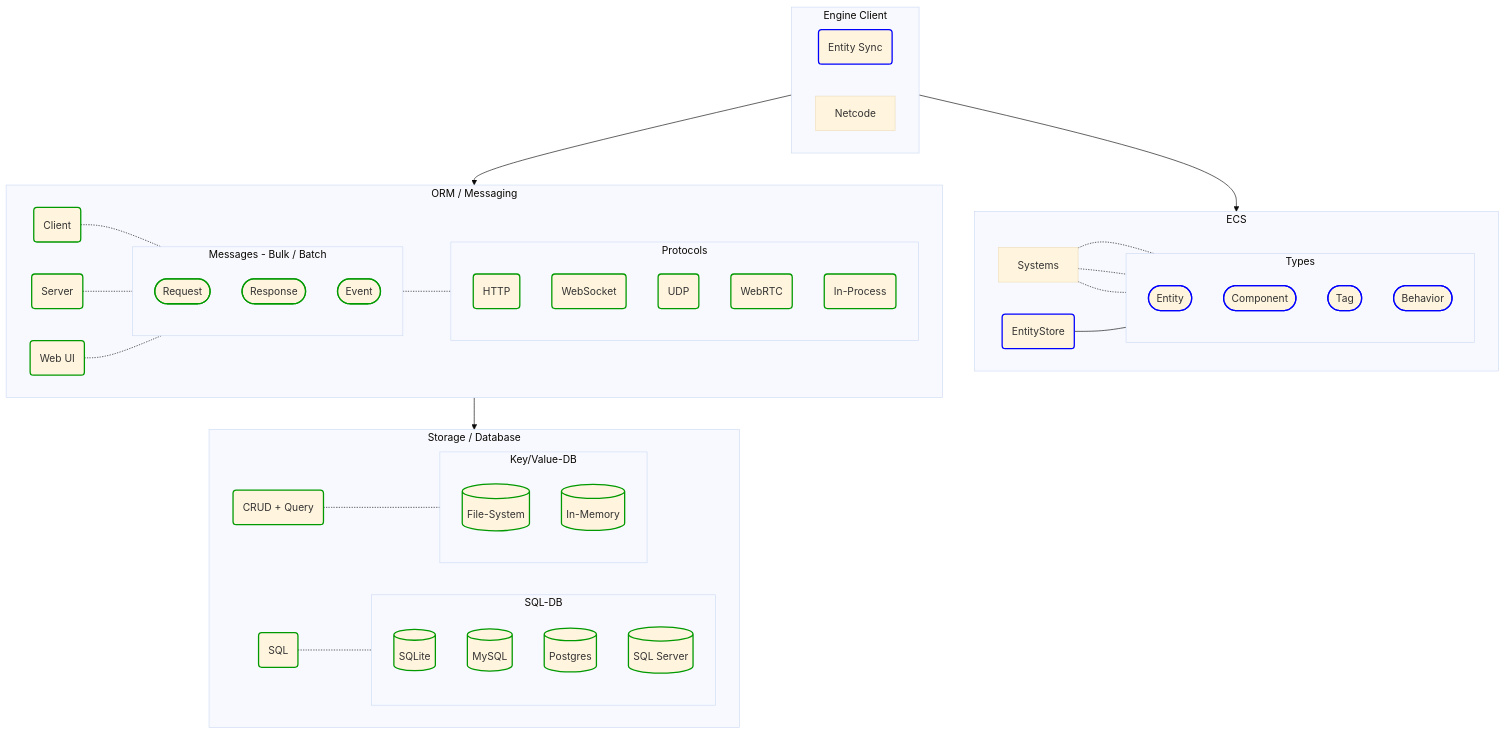
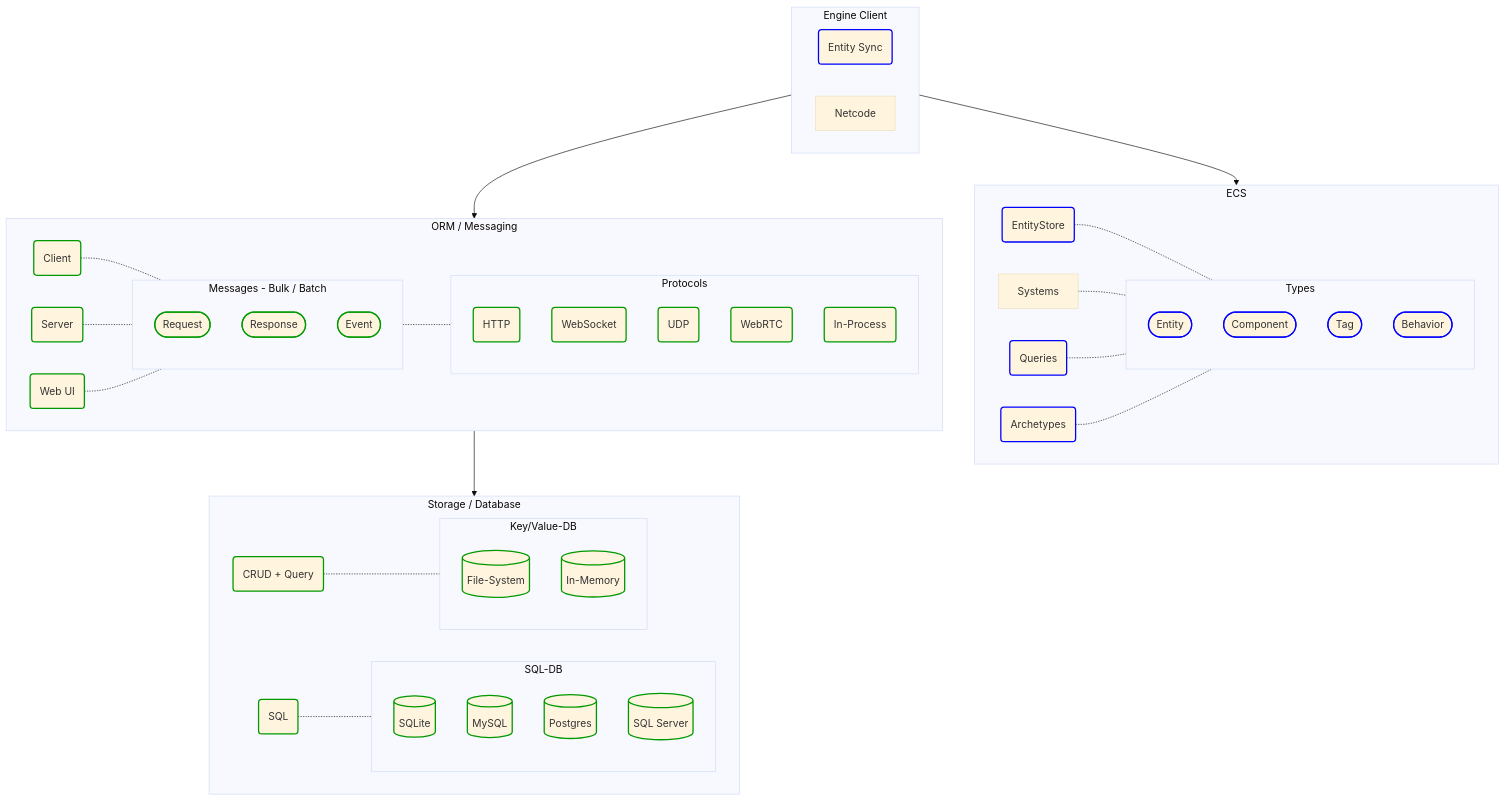
One commit to friflo/Friflo.Json.Fliox changed the second of 3 diagrams in Engine/README.md. Above: the diagram before and after it, drawn with Mermaid (base theme).

Commit message:
Engine - update architecture diagram

```diff
--- a/Engine/README.md
+++ b/Engine/README.md
@@ -117,6 +117,8 @@
     subgraph ECS;
         EntityStore(EntityStore):::implemented
         Systems
+        Queries(Queries):::implemented
+        Archetypes(Archetypes):::implemented
 
         subgraph ECS-Types[Types];
         direction TB;
@@ -126,11 +128,11 @@
             Behavior([Behavior]):::implemented
         end
 
-        EntityStore  --- ECS-Types
+        EntityStore  -.- ECS-Types
+        Systems      -.- ECS-Types
+        Queries      -.- ECS-Types
+        Archetypes   -.- ECS-Types
 
-        Systems      -.- Entity
-        Systems      -.- Component
-        Systems      -.- Tag
     end
 
     subgraph ORM[ORM / Messaging];
```
